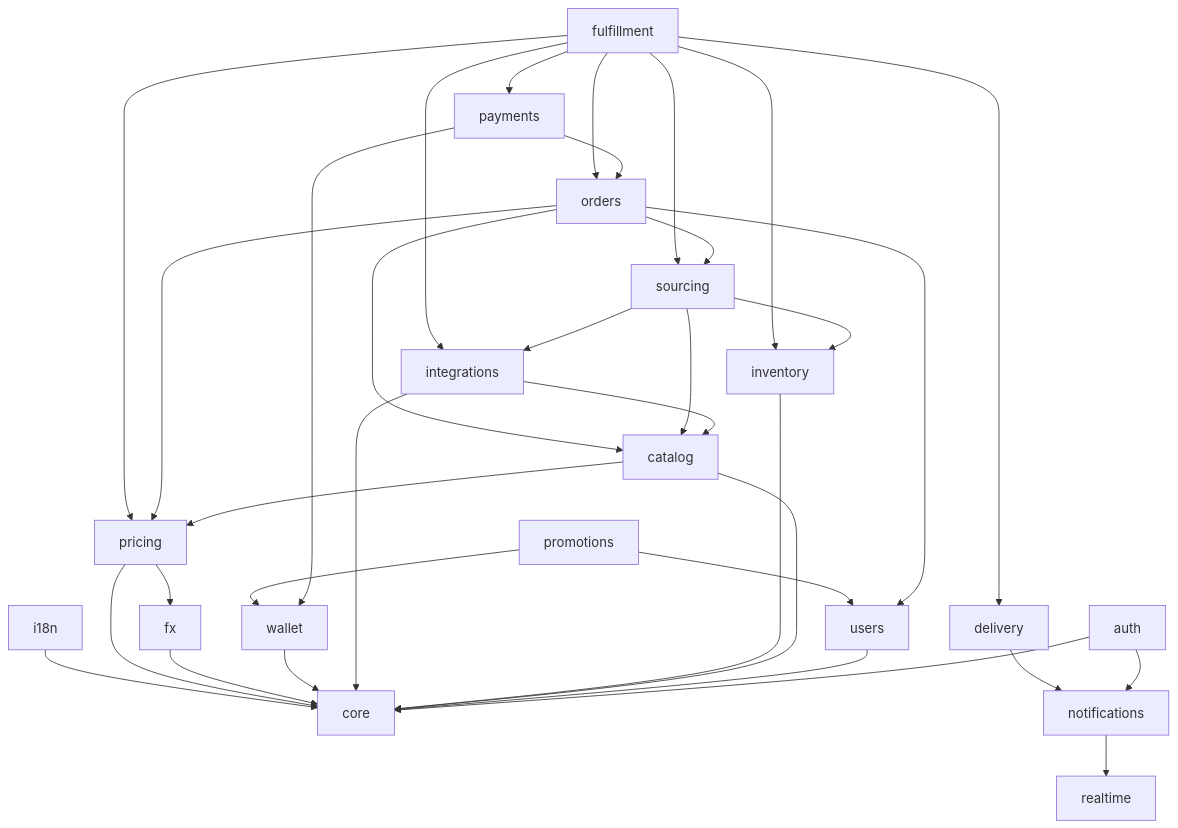
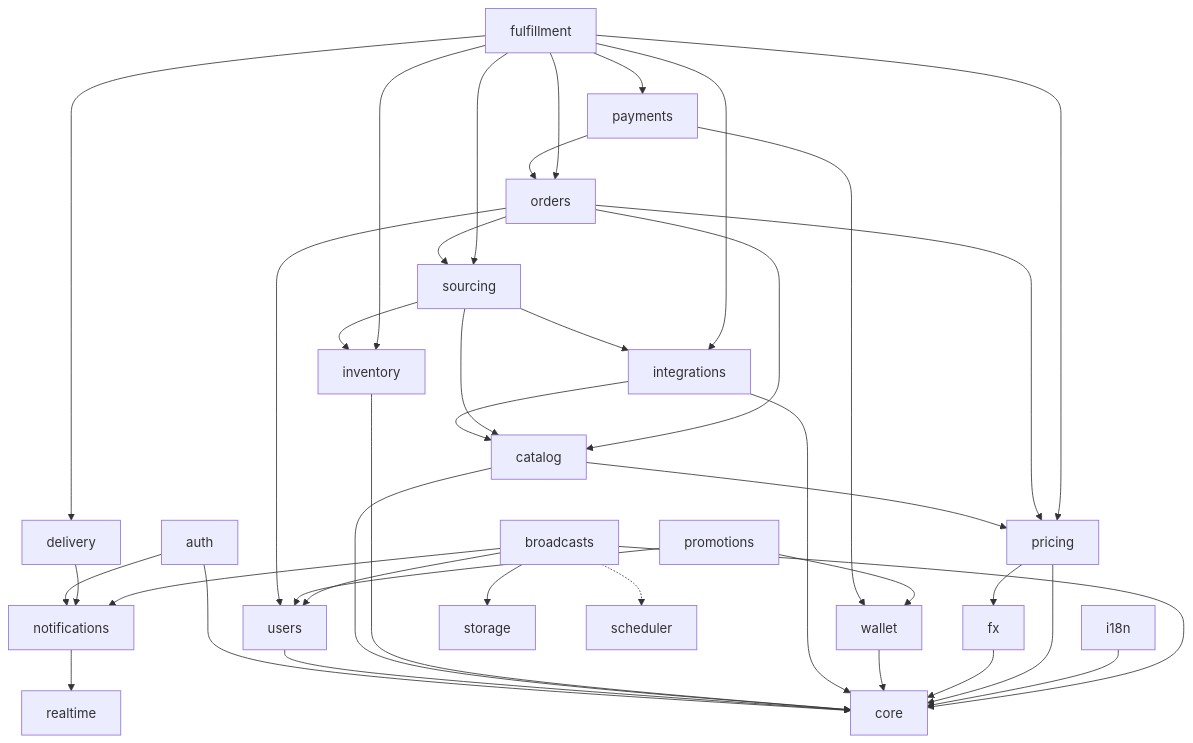
One commit to jamaomonov/yupay changed the diagram in docs/architecture/module-map.md. Above: the diagram before and after it, drawn with Mermaid. The commit also changed other lines of this file and 4 other files, not shown here.

First line of the commit message:
docs(broadcasts): ADR-0033, README, runbook, sequence diagram, module-map

````diff
--- a/docs/architecture/module-map.md
+++ b/docs/architecture/module-map.md
@@ -32,36 +33,41 @@
 ```mermaid
 flowchart TB
     auth --> core
     auth --> notifications
     users --> core
     catalog --> core
     inventory --> core
     integrations --> core
     integrations --> catalog
     sourcing --> catalog
     sourcing --> inventory
     sourcing --> integrations
     orders --> catalog
     orders --> users
     orders --> sourcing
     payments --> orders
     payments --> wallet
     wallet --> core
     promotions --> wallet
     promotions --> users
     fulfillment --> orders
     fulfillment --> payments
     fulfillment --> sourcing
     fulfillment --> inventory
     fulfillment --> integrations
     fulfillment --> delivery
     delivery --> notifications
     notifications --> realtime
     fx --> core
     pricing --> core
     pricing --> fx
     catalog --> pricing
     orders --> pricing
     fulfillment --> pricing
     i18n --> core
+    broadcasts --> core
+    broadcasts --> users
+    broadcasts --> storage
+    broadcasts --> notifications
+    broadcasts -.-> scheduler
 ```
````
